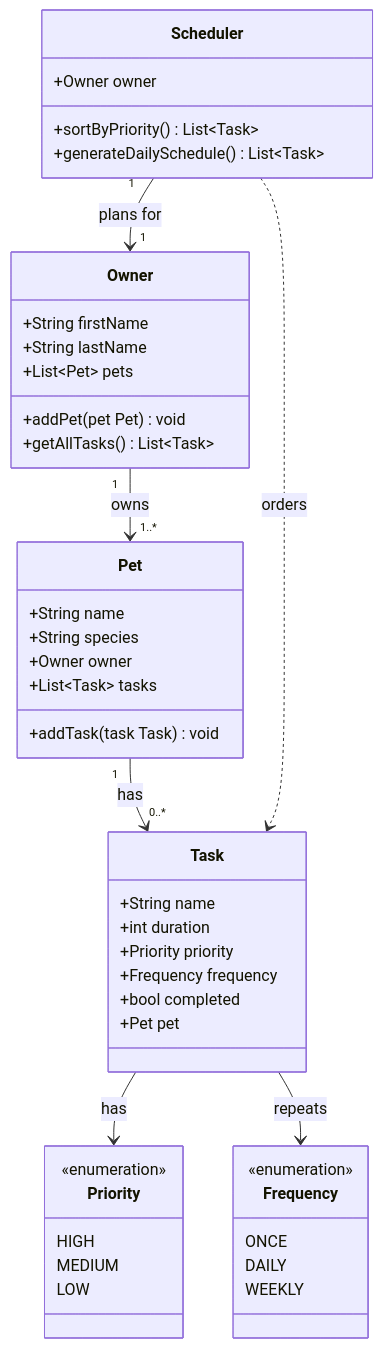
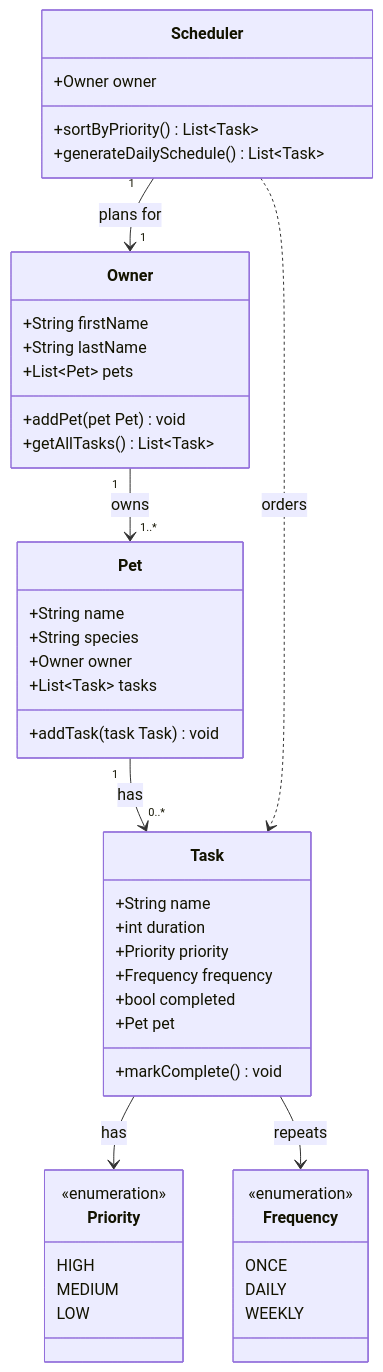
The diagram in diagrams/uml_draft.mmd (Toshia000/ai110-module2show-pawpal-starter), drawn with Mermaid before and after one commit. The commit also changed 2 other files, not shown here.

Commit message:
Add mark_complete function to task class

```diff
--- a/diagrams/uml_draft.mmd
+++ b/diagrams/uml_draft.mmd
@@ -1,52 +1,53 @@
 classDiagram
     class Owner {
         +String firstName
         +String lastName
         +List~Pet~ pets
         +addPet(pet Pet) void
         +getAllTasks() List~Task~
     }
 
     class Pet {
         +String name
         +String species
         +Owner owner
         +List~Task~ tasks
         +addTask(task Task) void
     }
 
     class Task {
         +String name
         +int duration
         +Priority priority
         +Frequency frequency
         +bool completed
         +Pet pet
+        +markComplete() void
     }
 
     class Priority {
         <<enumeration>>
         HIGH
         MEDIUM
         LOW
     }
 
     class Frequency {
         <<enumeration>>
         ONCE
         DAILY
         WEEKLY
     }
 
     class Scheduler {
         +Owner owner
         +sortByPriority() List~Task~
         +generateDailySchedule() List~Task~
     }
 
     Owner "1" --> "1..*" Pet : owns
     Pet "1" --> "0..*" Task : has
     Scheduler "1" --> "1" Owner : plans for
     Scheduler ..> Task : orders
     Task --> Priority : has
     Task --> Frequency : repeats
```
